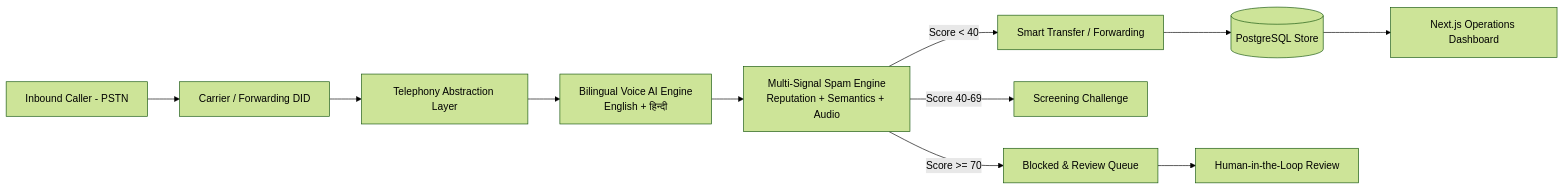
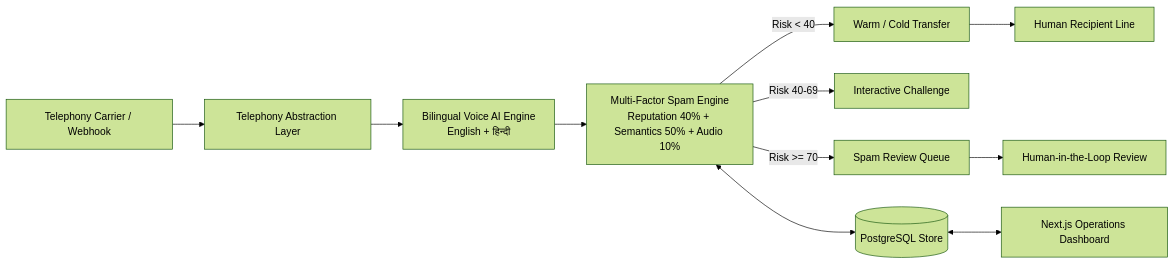
One commit to Arjunsingh-ops/SpamDetectorModel changed the diagram in ai-call-agent/README.md. Above: the diagram before and after it, drawn with Mermaid (forest theme). The commit also changed other lines of this file and 67 other files, not shown here.

Commit message:
docs & feat: Add jury-ready system architecture README, multi-factor spam engine, and platform reporting

````diff
--- a/ai-call-agent/README.md
+++ b/ai-call-agent/README.md
@@ -10,15 +10,15 @@
 ```mermaid
 flowchart LR
-    Caller[Inbound Caller - PSTN] --> Carrier[Carrier / Forwarding DID]
-    Carrier --> TAL[Telephony Abstraction Layer]
+    Telephony[Telephony Carrier / Webhook] --> TAL[Telephony Abstraction Layer]
     TAL --> VoiceAI[Bilingual Voice AI Engine\nEnglish + हिन्दी]
-    VoiceAI --> SpamEngine[Multi-Signal Spam Engine\nReputation + Semantics + Audio]
+    VoiceAI --> SpamEngine[Multi-Factor Spam Engine\nReputation 40% + Semantics 50% + Audio 10%]
     
-    SpamEngine -->|Score < 40| Forward[Smart Transfer / Forwarding]
-    SpamEngine -->|Score 40-69| Screen[Screening Challenge]
-    SpamEngine -->|Score >= 70| Block[Blocked & Review Queue]
+    SpamEngine -->|Risk < 40| Routing[Warm / Cold Transfer]
+    SpamEngine -->|Risk 40-69| Challenge[Interactive Challenge]
+    SpamEngine -->|Risk >= 70| Quarantine[Spam Review Queue]
 
-    Forward --> DB[(PostgreSQL Store)]
-    Block --> ReviewQueue[Human-in-the-Loop Review]
-    DB --> Dashboard[Next.js Operations Dashboard]
+    Routing --> Recipient[Human Recipient Line]
+    Quarantine --> Operator[Human-in-the-Loop Review]
+    SpamEngine <--> DB[(PostgreSQL Store)]
+    DB <--> Dashboard[Next.js Operations Dashboard]
 ```
````
